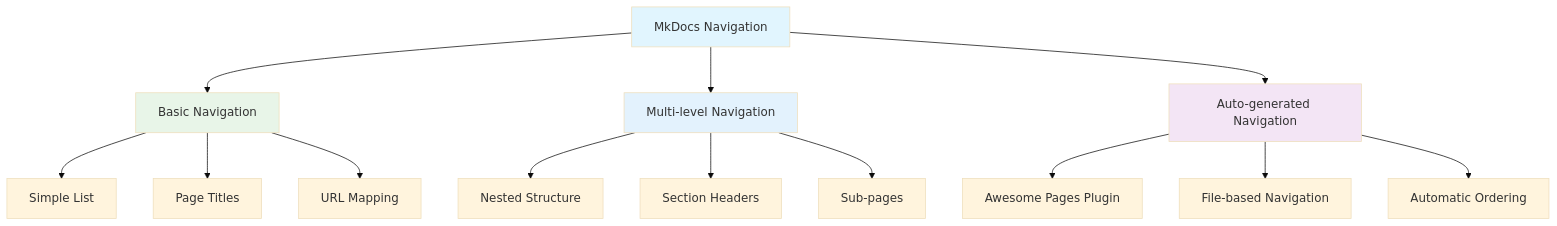
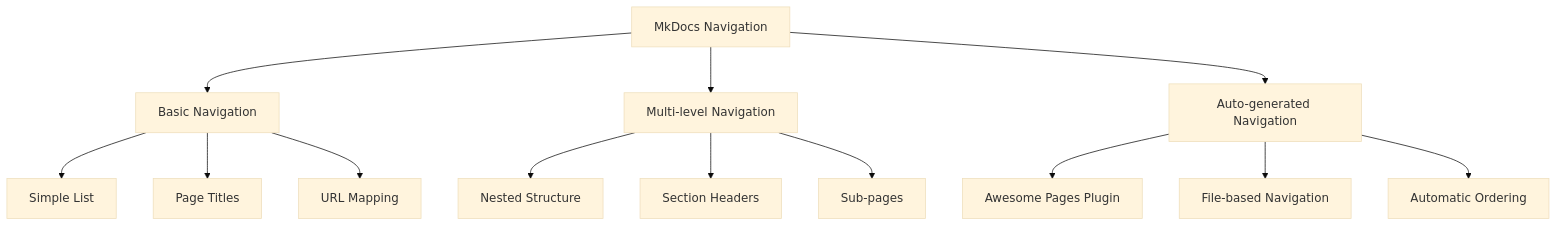
The tenth of 14 diagrams in 00_python_colab/18_docstrings_mkdocs/readme.md (sayyamsheikh42/Python-Learning-Material), drawn with Mermaid (base theme) before and after one commit. The commit also changed other lines of this file, not shown here.

````diff
--- a/00_python_colab/18_docstrings_mkdocs/readme.md
+++ b/00_python_colab/18_docstrings_mkdocs/readme.md
@@ -1611,23 +1559,18 @@
 ```mermaid
 graph TD
-    A["MkDocs Navigation"] --> B["Basic Navigation"]
-    A --> C["Multi-level Navigation"]
-    A --> D["Auto-generated Navigation"]
+    A[MkDocs Navigation] --> B[Basic Navigation]
+    A --> C[Multi-level Navigation]
+    A --> D[Auto-generated Navigation]
     
-    B --> B1["Simple List"]
-    B --> B2["Page Titles"]
-    B --> B3["URL Mapping"]
+    B --> B1[Simple List]
+    B --> B2[Page Titles]
+    B --> B3[URL Mapping]
     
-    C --> C1["Nested Structure"]
-    C --> C2["Section Headers"]
-    C --> C3["Sub-pages"]
+    C --> C1[Nested Structure]
+    C --> C2[Section Headers]
+    C --> C3[Sub-pages]
     
-    D --> D1["Awesome Pages Plugin"]
-    D --> D2["File-based Navigation"]
-    D --> D3["Automatic Ordering"]
-    
-    style A fill:#e1f5fe
-    style B fill:#e8f5e8
-    style C fill:#e3f2fd
-    style D fill:#f3e5f5
+    D --> D1[Awesome Pages Plugin]
+    D --> D2[File-based Navigation]
+    D --> D3[Automatic Ordering]
 ```
````
